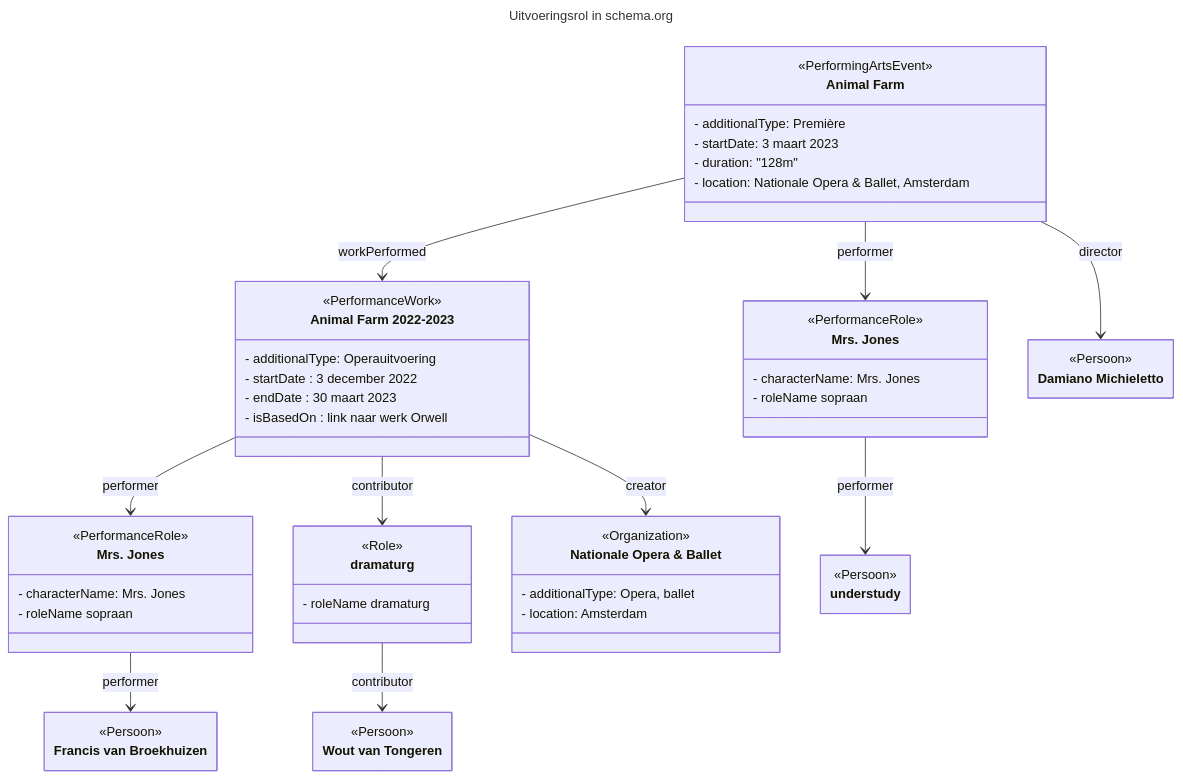
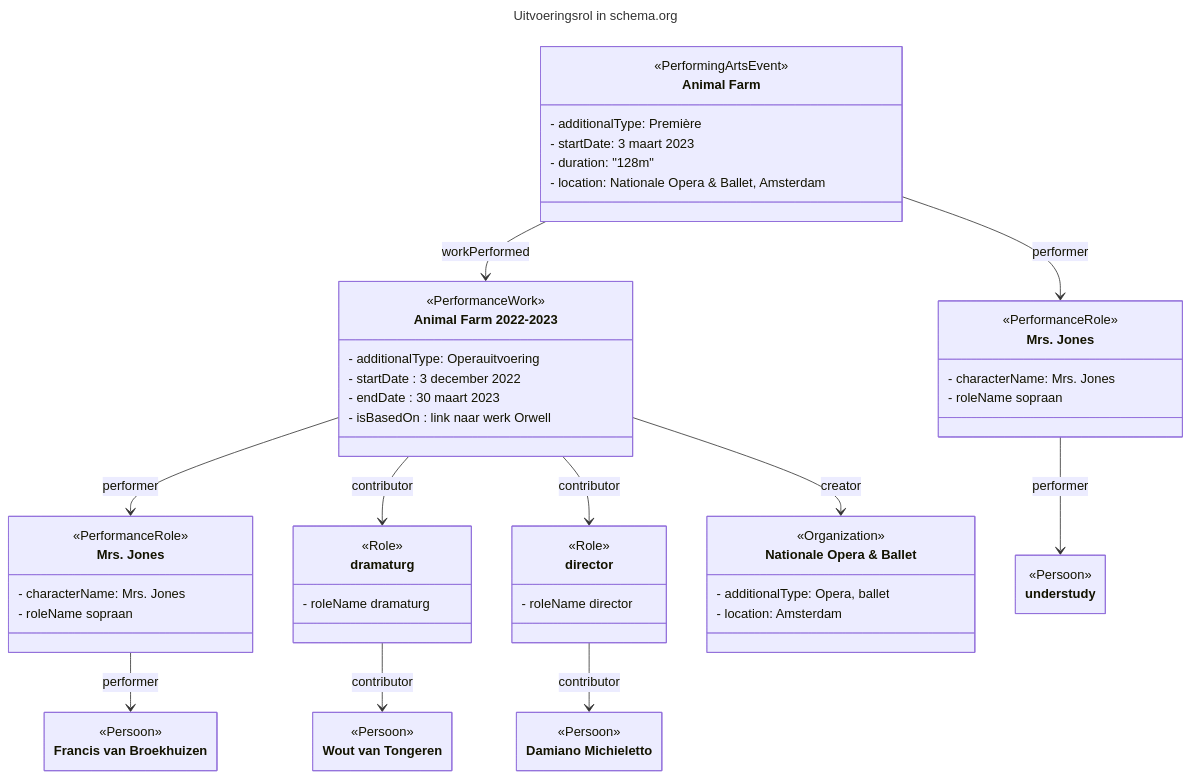
One commit to PodiumkunstNet/semantischlandschap changed the diagram in voorbeelden/uitvoeringsrol_schema.md. Above: the diagram before and after it, drawn with Mermaid. The commit also changed other lines of this file, not shown here.

Commit message:
Update uitvoeringsrol in schema example

````diff
--- a/voorbeelden/uitvoeringsrol_schema.md
+++ b/voorbeelden/uitvoeringsrol_schema.md
@@ -12,68 +13,73 @@
 ```mermaid
 ---
 title: Uitvoeringsrol in schema.org
 config:
  class:
   hideEmptyMembersBox: true
 ---
 classDiagram
 	direction TD
 	class PerformanceWork["Animal Farm 2022-2023"] {
 		<<PerformanceWork>>
 		- additionalType: Operauitvoering
 		- startDate : 3 december 2022
 		- endDate : 30 maart 2023
 		- isBasedOn : link naar werk Orwell
 	}
 	class PerformingArtsEvent["Animal Farm"] {
 		<<PerformingArtsEvent>>
         - additionalType: Première
 		- startDate: 3 maart 2023
 		- duration: "128m"
 		- location: Nationale Opera & Ballet, Amsterdam
 	}
 	class PerformanceRole["Mrs. Jones"] {
 		<<PerformanceRole>>
 		- characterName: Mrs. Jones
         - roleName sopraan
 	}
 	class PerformanceRole2["Mrs. Jones"] {
 		<<PerformanceRole>>
 		- characterName: Mrs. Jones
 		- roleName sopraan  
 	}
 	class Persoon["Francis van Broekhuizen"] {
 		<<Persoon>>
 	}
     class Persoon2["understudy"] {
         <<Persoon>>
     }
     class Persoon3["Damiano Michieletto"] {
         <<Persoon>>
     }
     class Persoon4["Wout van Tongeren"] {
         <<Persoon>>
     }
 	class Producent["Nationale Opera & Ballet"] {
 		<<Organization>>
 		- additionalType: Opera, ballet
 		- location: Amsterdam
 	}
     class BackstageRole["dramaturg"] {
         <<Role>>
         - roleName dramaturg
     }
+    class BackstageRole2["director"] {
+        <<Role>>
+        - roleName director
+    }
 
 	PerformanceWork --> PerformanceRole: performer
+    PerformanceWork --> BackstageRole: contributor
+    PerformanceWork --> BackstageRole2: contributor
+	PerformanceWork --> Producent: creator
 	PerformanceRole --> Persoon: performer
-    PerformanceWork --> BackstageRole: contributor
-	PerformanceWork --> Producent: creator
+	PerformanceRole2 --> Persoon2: performer
     PerformingArtsEvent --> PerformanceWork: workPerformed
 	PerformingArtsEvent --> PerformanceRole2: performer
-	PerformingArtsEvent --> Persoon3: director
-	PerformanceRole2 --> Persoon2: performer
 	BackstageRole --> Persoon4: contributor
+	BackstageRole2 --> Persoon3: contributor
 
 	
 
 ```
````
